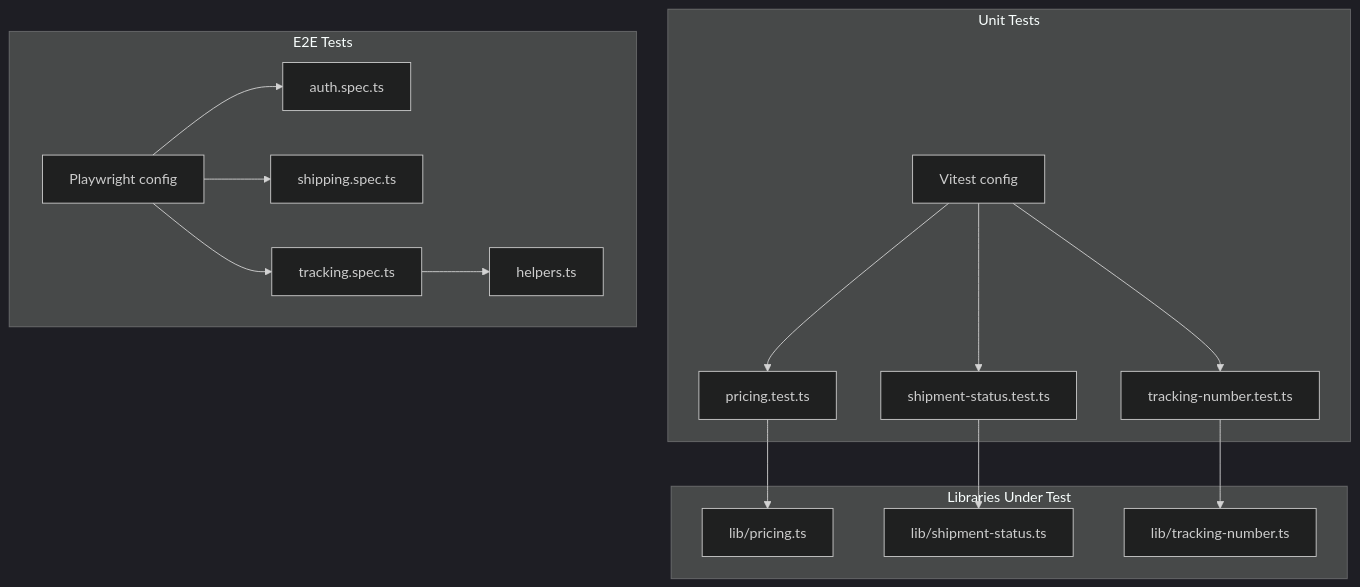
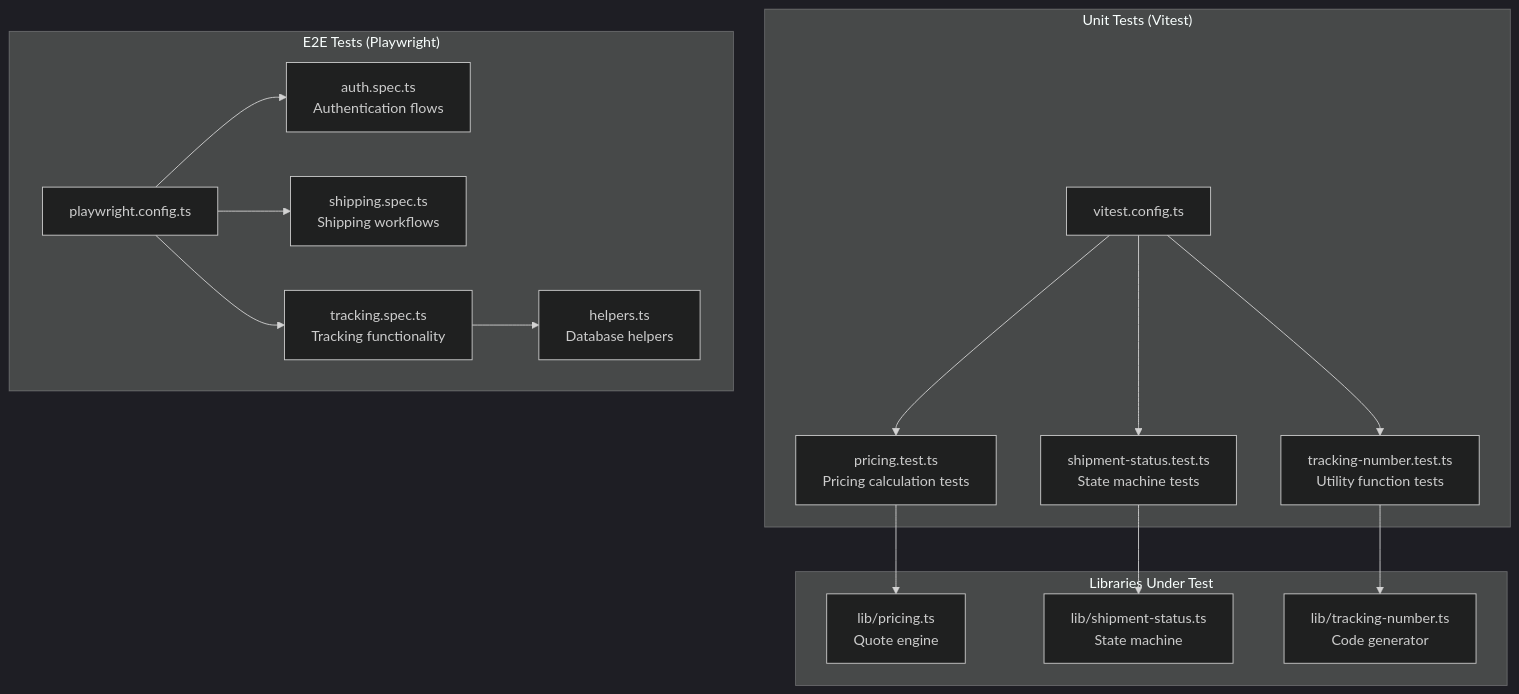
Before and after one commit to gyamposudodzi/Timberland: the first of 8 diagrams in .qoder/repowiki/en/content/Testing Guide.md, drawn with Mermaid (dark theme). The commit also changed other lines of this file and 87 other files, not shown here.

````diff
--- a/.qoder/repowiki/en/content/Testing Guide.md
+++ b/.qoder/repowiki/en/content/Testing Guide.md
@@ -41,31 +49,31 @@
 ```mermaid
 graph TB
-subgraph "Unit Tests"
-VT["Vitest config"]
-TP["pricing.test.ts"]
-TS["shipment-status.test.ts"]
-TN["tracking-number.test.ts"]
+subgraph "Unit Tests (Vitest)"
+VT["vitest.config.ts"]
+TP["pricing.test.ts<br/>Pricing calculation tests"]
+TS["shipment-status.test.ts<br/>State machine tests"]
+TN["tracking-number.test.ts<br/>Utility function tests"]
 end
-subgraph "E2E Tests"
-PW["Playwright config"]
-EA["auth.spec.ts"]
-ES["shipping.spec.ts"]
-ET["tracking.spec.ts"]
-EH["helpers.ts"]
+subgraph "E2E Tests (Playwright)"
+PW["playwright.config.ts"]
+EA["auth.spec.ts<br/>Authentication flows"]
+ES["shipping.spec.ts<br/>Shipping workflows"]
+ET["tracking.spec.ts<br/>Tracking functionality"]
+EH["helpers.ts<br/>Database helpers"]
 end
 subgraph "Libraries Under Test"
-LP["lib/pricing.ts"]
-LS["lib/shipment-status.ts"]
-LN["lib/tracking-number.ts"]
+LP["lib/pricing.ts<br/>Quote engine"]
+LS["lib/shipment-status.ts<br/>State machine"]
+LN["lib/tracking-number.ts<br/>Code generator"]
 end
 VT --> TP
 VT --> TS
 VT --> TN
 PW --> EA
 PW --> ES
 PW --> ET
 TP --> LP
 TS --> LS
 TN --> LN
 ET --> EH
 ```
````
